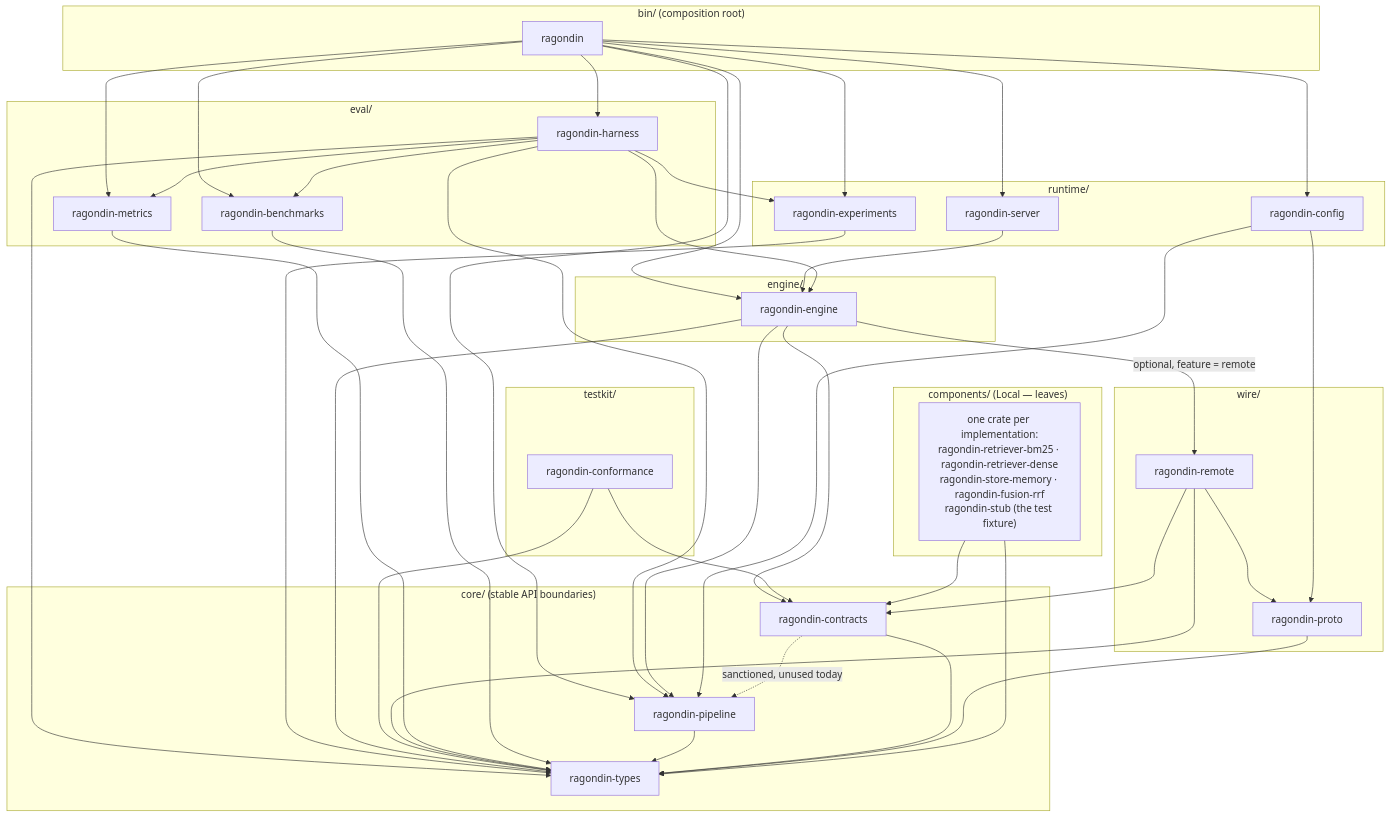
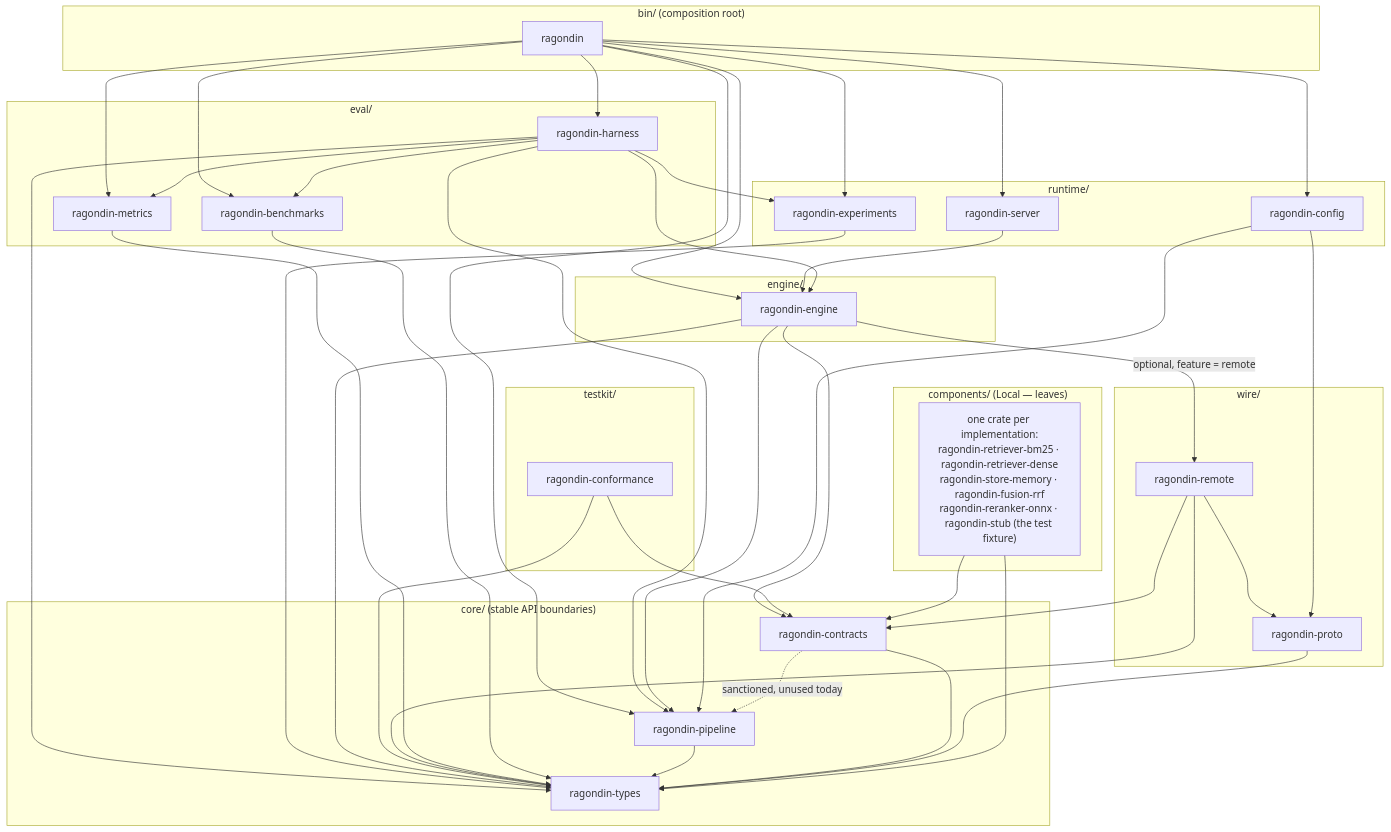
One commit to genesary/Ragondin changed the first of 4 diagrams in docs/code-architecture.md. Above: the diagram before and after it, drawn with Mermaid. The commit also changed other lines of this file and 12 other files, not shown here.

First line of the commit message:
feat(ragondin-reranker-onnx): the in-process cross-encoder reranker (#222)

````diff
--- a/docs/code-architecture.md
+++ b/docs/code-architecture.md
@@ -180,51 +180,51 @@
 ```mermaid
 flowchart TB
   subgraph BIN["bin/ (composition root)"]
     RAG[ragondin]
   end
   subgraph RUNTIME["runtime/"]
     SRV[ragondin-server]
     EXP[ragondin-experiments]
     CFG[ragondin-config]
   end
   subgraph EVAL["eval/"]
     HAR[ragondin-harness]
     MET[ragondin-metrics]
     BEN[ragondin-benchmarks]
   end
   subgraph ENGINE["engine/"]
     ENG[ragondin-engine]
   end
   subgraph TESTKIT["testkit/"]
     CNF[ragondin-conformance]
   end
   subgraph COMP["components/ (Local — leaves)"]
-    CX["one crate per implementation:<br/>ragondin-retriever-bm25 · ragondin-retriever-dense<br/>ragondin-store-memory · ragondin-fusion-rrf<br/>ragondin-stub (the test fixture)"]
+    CX["one crate per implementation:<br/>ragondin-retriever-bm25 · ragondin-retriever-dense<br/>ragondin-store-memory · ragondin-fusion-rrf<br/>ragondin-reranker-onnx · ragondin-stub (the test fixture)"]
   end
   subgraph WIRE["wire/"]
     PRO[ragondin-proto]
     REM[ragondin-remote]
   end
   subgraph CORE["core/ (stable API boundaries)"]
     CON[ragondin-contracts]
     PIP[ragondin-pipeline]
     TYP[ragondin-types]
   end
 
   RAG --> SRV & HAR & EXP & CFG & ENG & MET & BEN & PIP
   SRV --> ENG
   HAR --> ENG & MET & BEN & EXP & PIP & TYP
   EXP --> TYP
   ENG --> CON & PIP & TYP
   ENG -->|"optional, feature = remote"| REM
   CNF --> CON & TYP
   REM --> CON & TYP & PRO
   MET --> TYP
   BEN --> TYP
   CFG --> PIP & PRO
   CON -.->|"sanctioned, unused today"| PIP
   PIP --> TYP
   CON --> TYP
   PRO --> TYP
   CX --> CON & TYP
 ```
````
